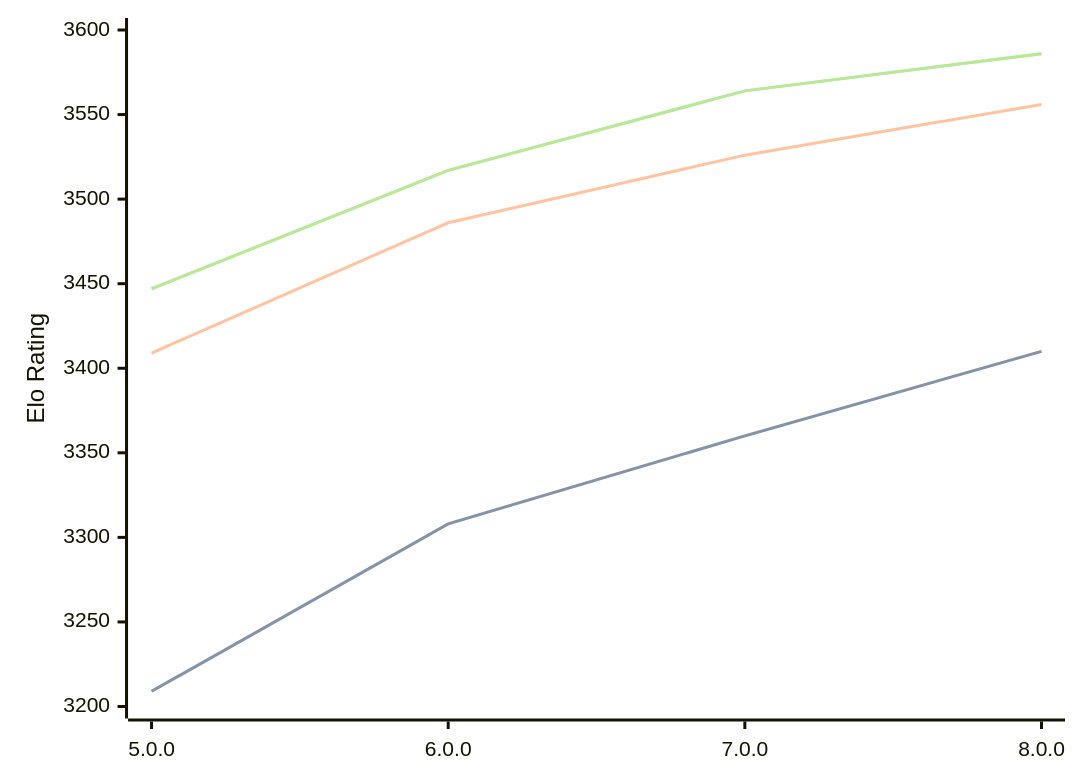
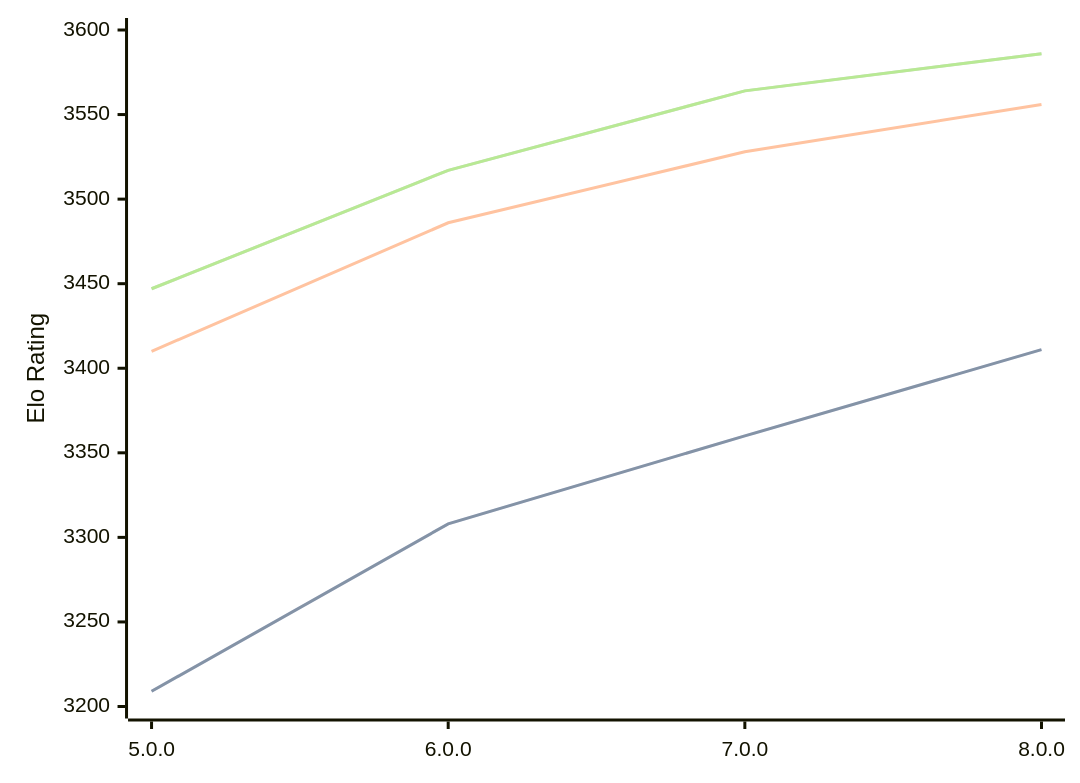
One commit to computer-chess-index/cci changed the diagram in engines/Stormphrax.md. Above: the diagram before and after it, drawn with Mermaid. The commit also changed other lines of this file, not shown here.

````diff
--- a/engines/Stormphrax.md
+++ b/engines/Stormphrax.md
@@ -34,11 +34,11 @@
 ```mermaid
 %%{init: {"theme":"base","themeVariables":{"seriesColors:['#a3a3a3','#222221','#faa371']}}}%%
 xychart-beta
   x-axis ["5.0.0", "6.0.0", "7.0.0", "8.0.0"]
   y-axis "Elo Rating" 3200 --> 3600
-  line "" [3209, 3308, 3360, 3410]
-  line "STC (8.0+0.08s)" [3209, 3308, 3360, 3410]
-  line "LTC (60.0+0.60s)" [3409, 3486, 3526, 3556]
+  line "" [3209, 3308, 3360, 3411]
+  line "STC (8.0+0.08s)" [3209, 3308, 3360, 3411]
+  line "LTC (60.0+0.60s)" [3410, 3486, 3528, 3556]
   line "" [3447, 3517, 3564, 3586]
   line "VLTC (2m24s+1.12s)" [3447, 3517, 3564, 3586]
 ```
````
